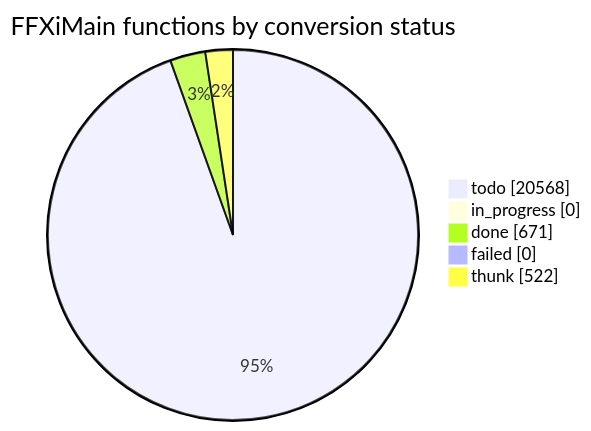
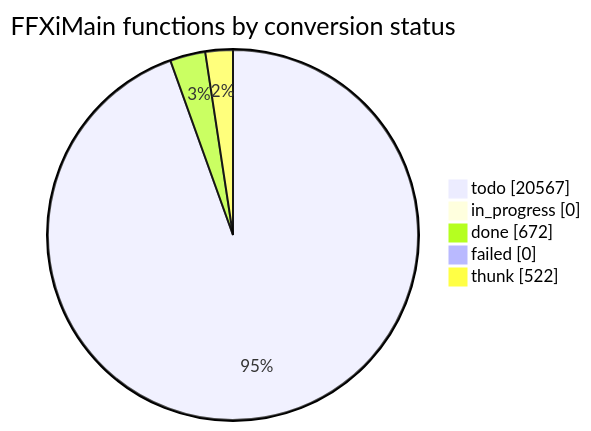
Before and after one commit to cowrevenge/cow_kuluu_xi_anything: the diagram in docs/cow/STATUS.md, drawn with Mermaid. The commit also changed other lines of this file and 9 other files, not shown here.

````diff
--- a/docs/cow/STATUS.md
+++ b/docs/cow/STATUS.md
@@ -18,9 +18,9 @@
 ```mermaid
 pie showData
     title FFXiMain functions by conversion status
-    "todo" : 20568
+    "todo" : 20567
     "in_progress" : 0
-    "done" : 671
+    "done" : 672
     "failed" : 0
     "thunk" : 522
 ```
````
